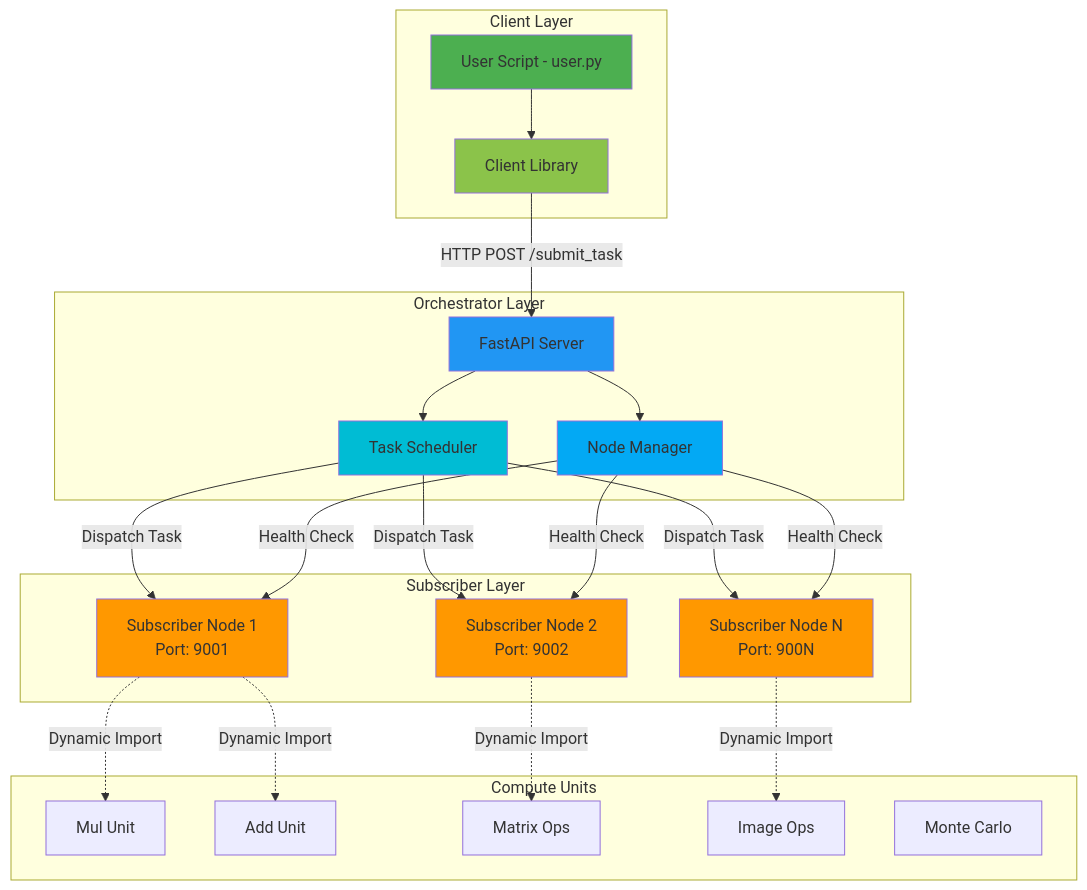
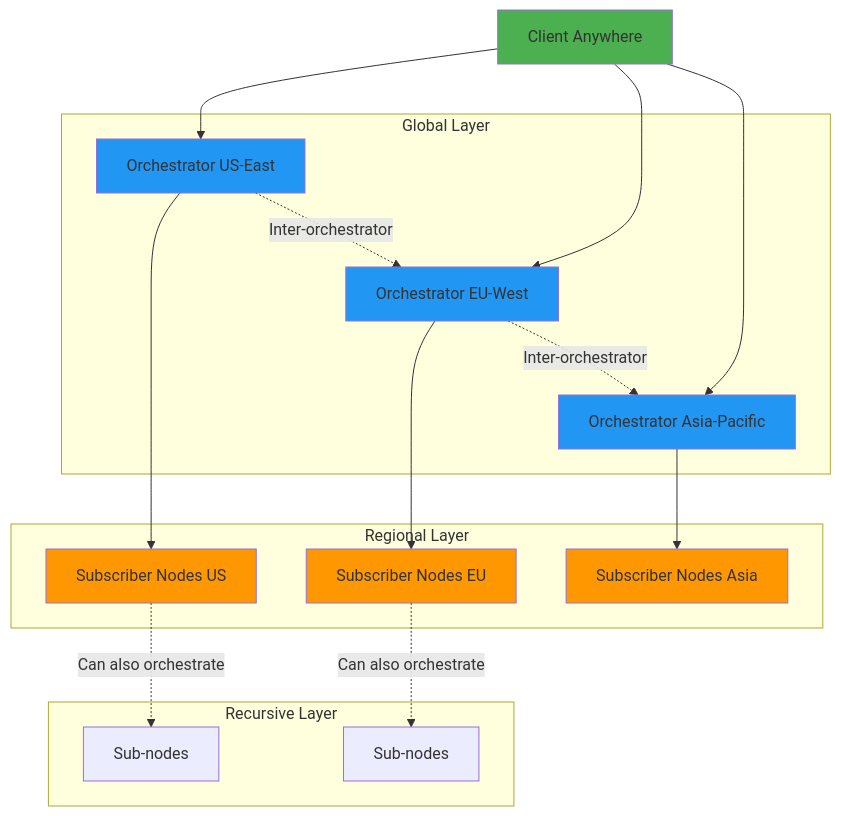
The diagram in ReadMe.md (SuyashMore/ExoCompute), drawn with Mermaid before and after one commit. The commit also changed other lines of this file and 7 other files, not shown here.

````diff
--- a/ReadMe.md
+++ b/ReadMe.md
@@ -62,53 +97,34 @@
 ```mermaid
 graph TB
-    subgraph Client Layer
-        U[User Script - user.py]
-        CL[Client Library]
+    subgraph "Global Layer"
+        O1[Orchestrator US-East]
+        O2[Orchestrator EU-West]
+        O3[Orchestrator Asia-Pacific]
     end
     
-    subgraph Orchestrator Layer
-        ORC[FastAPI Server]
-        MGR[Node Manager]
-        SCH[Task Scheduler]
+    subgraph "Regional Layer"
+        O1 --> S1[Subscriber Nodes US]
+        O2 --> S2[Subscriber Nodes EU]
+        O3 --> S3[Subscriber Nodes Asia]
     end
     
-    subgraph Subscriber Layer
-        SUB1[Subscriber Node 1<br/>Port: 9001]
-        SUB2[Subscriber Node 2<br/>Port: 9002]
-        SUB3[Subscriber Node N<br/>Port: 900N]
+    subgraph "Recursive Layer"
+        S1 -.->|Can also orchestrate| S1A[Sub-nodes]
+        S2 -.->|Can also orchestrate| S2A[Sub-nodes]
     end
     
-    subgraph Compute Units
-        MUL[Mul Unit]
-        ADD[Add Unit]
-        MAT[Matrix Ops]
-        IMG[Image Ops]
-        MC[Monte Carlo]
-    end
+    C[Client Anywhere] --> O1
+    C --> O2
+    C --> O3
     
-    U --> CL
-    CL -->|HTTP POST /submit_task| ORC
-    ORC --> MGR
-    ORC --> SCH
-    SCH -->|Dispatch Task| SUB1
-    SCH -->|Dispatch Task| SUB2
-    SCH -->|Dispatch Task| SUB3
+    O1 -.->|Inter-orchestrator| O2
+    O2 -.->|Inter-orchestrator| O3
     
-    SUB1 -.->|Dynamic Import| MUL
-    SUB1 -.->|Dynamic Import| ADD
-    SUB2 -.->|Dynamic Import| MAT
-    SUB3 -.->|Dynamic Import| IMG
-    
-    MGR -->|Health Check| SUB1
-    MGR -->|Health Check| SUB2
-    MGR -->|Health Check| SUB3
-    
-    style U fill:#4CAF50
-    style CL fill:#8BC34A
-    style ORC fill:#2196F3
-    style MGR fill:#03A9F4
-    style SCH fill:#00BCD4
-    style SUB1 fill:#FF9800
-    style SUB2 fill:#FF9800
-    style SUB3 fill:#FF9800
+    style C fill:#4CAF50
+    style O1 fill:#2196F3
+    style O2 fill:#2196F3
+    style O3 fill:#2196F3
+    style S1 fill:#FF9800
+    style S2 fill:#FF9800
+    style S3 fill:#FF9800
 ```
````
